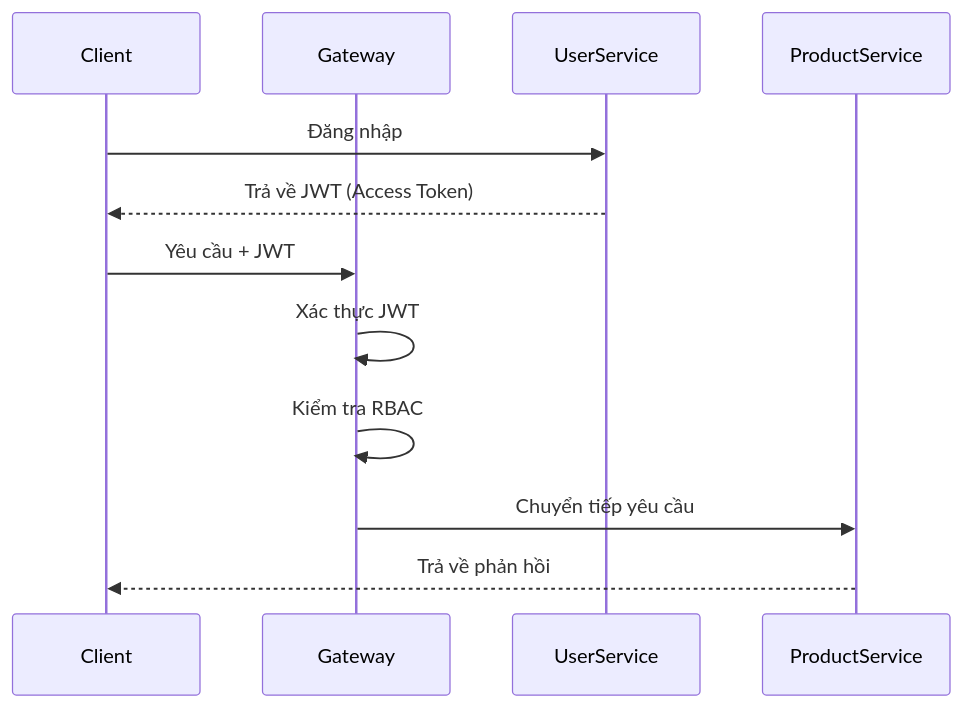
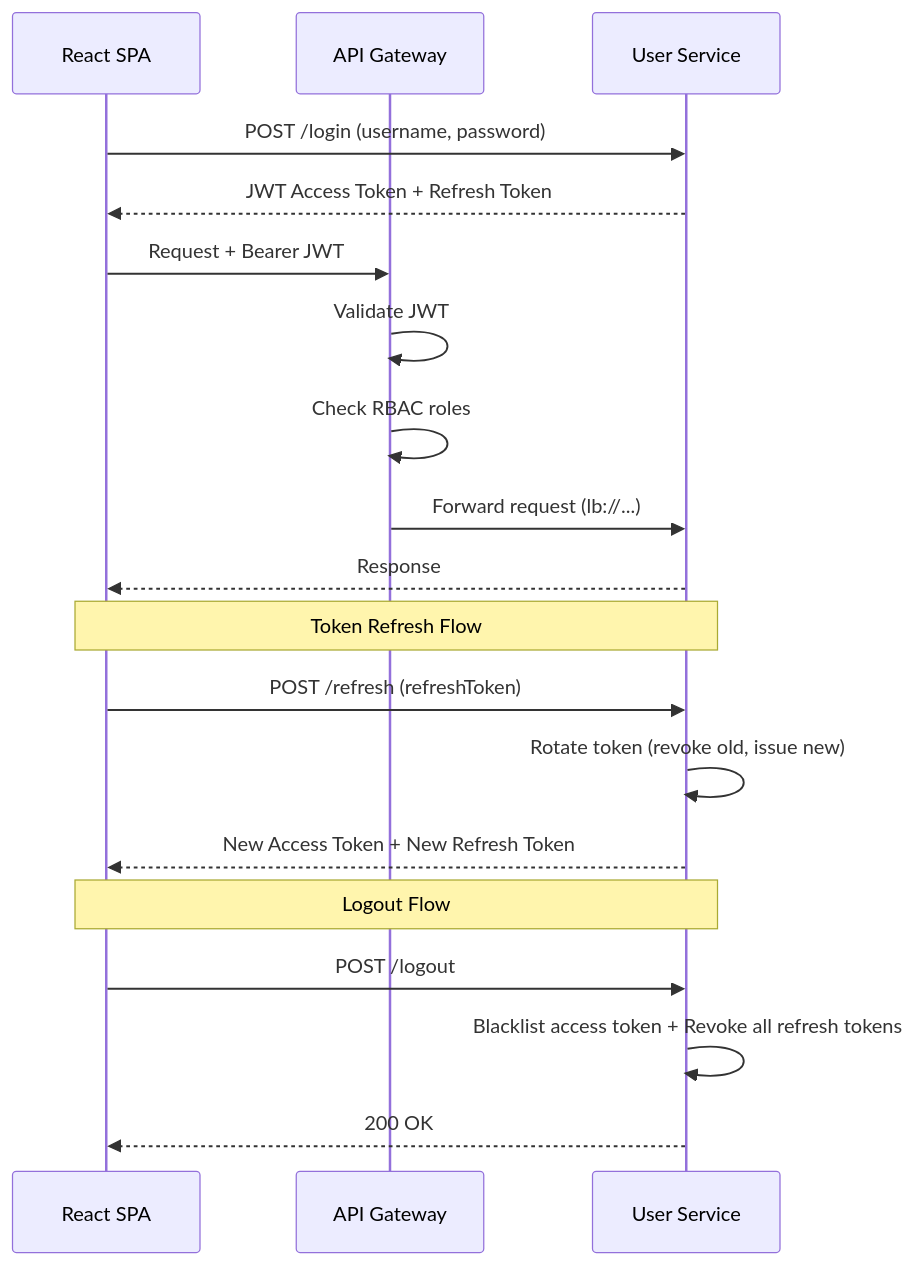
Before and after one commit to AcidTSB/AgriTraceChain: the second of 2 diagrams in README.md, drawn with Mermaid. The commit also changed other lines of this file and 11 other files, not shown here.

````diff
--- a/README.md
+++ b/README.md
@@ -202,17 +279,25 @@
 ```mermaid
 sequenceDiagram
-    participant Client
-    participant Gateway
-    participant UserService
-    participant ProductService
+    participant Client as React SPA
+    participant Gateway as API Gateway
+    participant UserService as User Service
 
-    Client->>UserService: Đăng nhập
-    UserService-->>Client: Trả về JWT (Access Token)
+    Client->>UserService: POST /login (username, password)
+    UserService-->>Client: JWT Access Token + Refresh Token
 
-    Client->>Gateway: Yêu cầu + JWT
-    Gateway->>Gateway: Xác thực JWT
-    Gateway->>Gateway: Kiểm tra RBAC
-    Gateway->>ProductService: Chuyển tiếp yêu cầu
+    Client->>Gateway: Request + Bearer JWT
+    Gateway->>Gateway: Validate JWT
+    Gateway->>Gateway: Check RBAC roles
+    Gateway->>UserService: Forward request (lb://...)
+    UserService-->>Client: Response
 
-    ProductService-->>Client: Trả về phản hồi
+    Note over Client,UserService: Token Refresh Flow
+    Client->>UserService: POST /refresh (refreshToken)
+    UserService->>UserService: Rotate token (revoke old, issue new)
+    UserService-->>Client: New Access Token + New Refresh Token
+
+    Note over Client,UserService: Logout Flow
+    Client->>UserService: POST /logout
+    UserService->>UserService: Blacklist access token + Revoke all refresh tokens
+    UserService-->>Client: 200 OK
 ```
````
